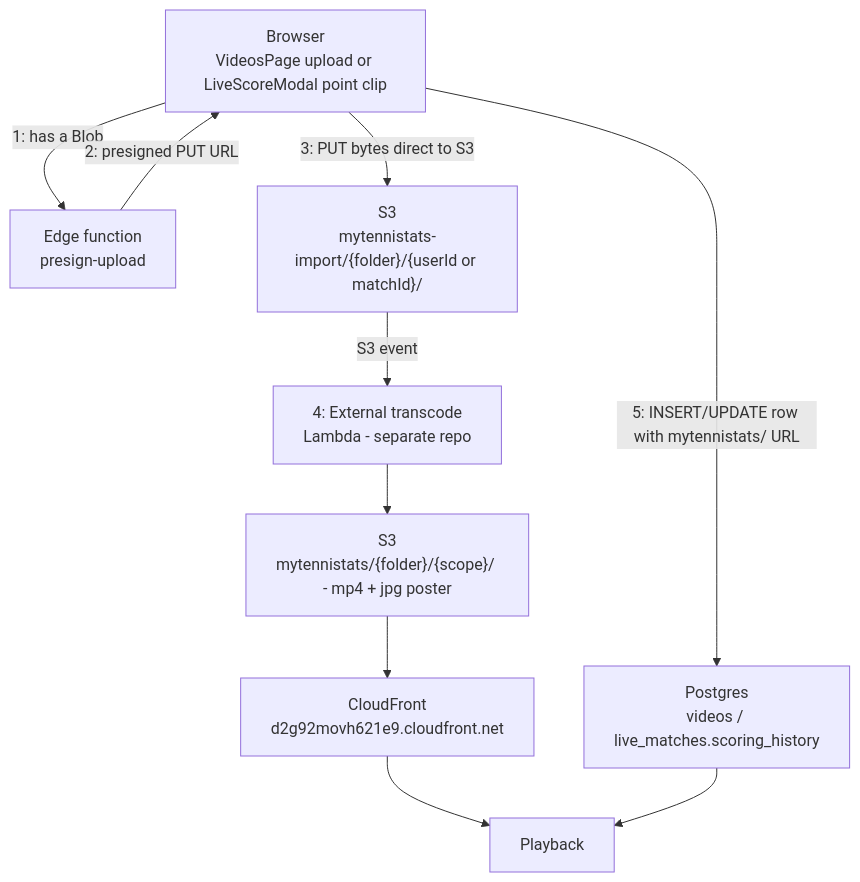
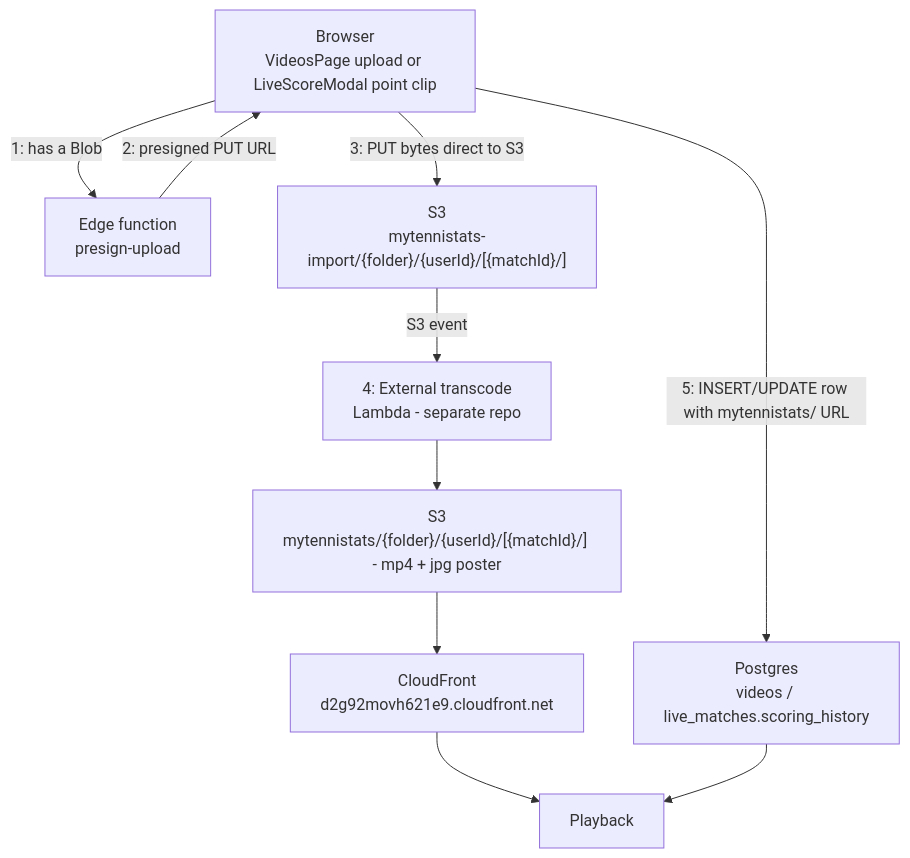
The diagram in README.md (eaudor-bolt/mytennistats-prod), drawn with Mermaid before and after one commit. The commit also changed other lines of this file and 4 other files, not shown here.

````diff
--- a/README.md
+++ b/README.md
@@ -203,12 +203,12 @@
 ```mermaid
 flowchart TD
     A["Browser<br/>VideosPage upload or LiveScoreModal point clip"] -->|"1: has a Blob"| B["Edge function<br/>presign-upload"]
     B -->|"2: presigned PUT URL"| A
-    A -->|"3: PUT bytes direct to S3"| C["S3<br/>mytennistats-import/{folder}/{userId or matchId}/"]
+    A -->|"3: PUT bytes direct to S3"| C["S3<br/>mytennistats-import/{folder}/{userId}/[{matchId}/]"]
     C -->|"S3 event"| D["4: External transcode<br/>Lambda - separate repo"]
-    D --> E["S3<br/>mytennistats/{folder}/{scope}/ - mp4 + jpg poster"]
+    D --> E["S3<br/>mytennistats/{folder}/{userId}/[{matchId}/] - mp4 + jpg poster"]
     E --> F["CloudFront<br/>d2g92movh621e9.cloudfront.net"]
     A -->|"5: INSERT/UPDATE row with mytennistats/ URL"| G["Postgres<br/>videos / live_matches.scoring_history"]
     F --> H["Playback"]
     G --> H
 ```
````
